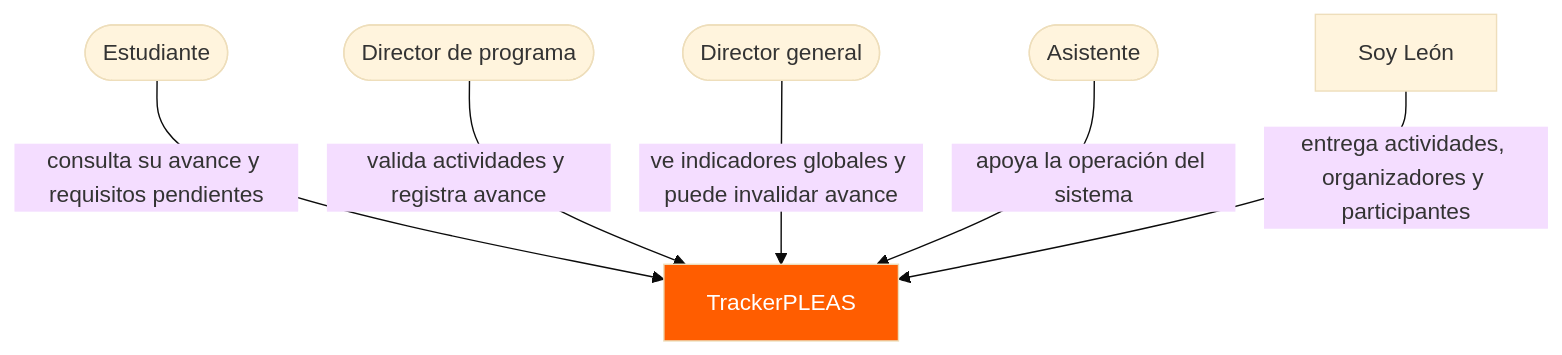
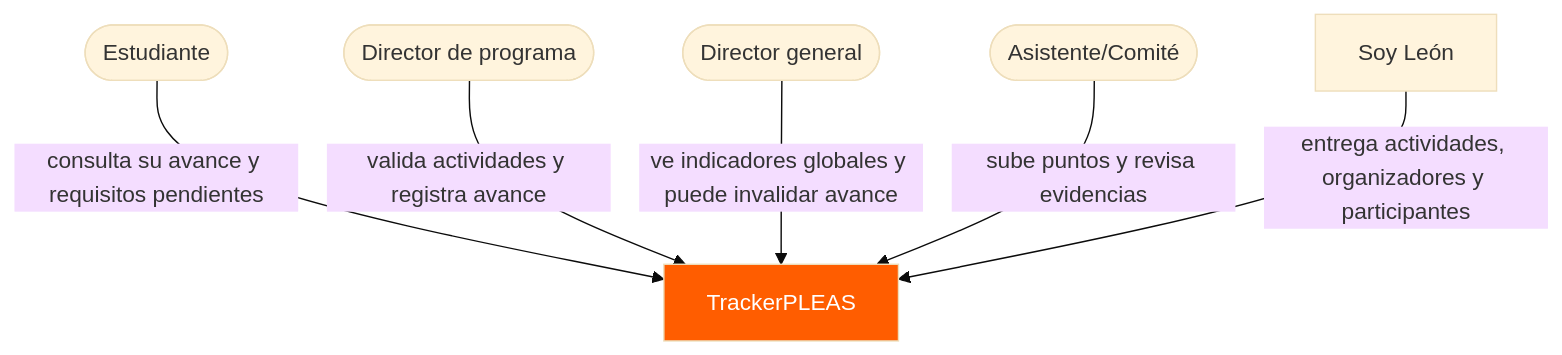
Before and after one commit to Victorflores06/PLEAS-Tracker-: the first of 3 diagrams in docs/arch/diagramas-sistema.md, drawn with Mermaid (base theme). The commit also changed other lines of this file, not shown here.

Commit message:
Update system diagrams with role changes

````diff
--- a/docs/arch/diagramas-sistema.md
+++ b/docs/arch/diagramas-sistema.md
@@ -5,17 +5,17 @@
 ```mermaid
 flowchart TD
     est([Estudiante])
     dp([Director de programa])
     dg([Director general])
-    asi([Asistente])
+    asi([Asistente/Comité])
     sis[TrackerPLEAS]
     soy[Soy León]
 
     est -->|consulta su avance y requisitos pendientes| sis
     dp -->|valida actividades y registra avance| sis
     dg -->|ve indicadores globales y puede invalidar avance| sis
-    asi -->|apoya la operación del sistema| sis
+    asi -->|sube puntos y revisa evidencias| sis
     soy -->|entrega actividades, organizadores y participantes| sis
 
     style sis fill:#ff5d00,color:#fff
 ```
````
